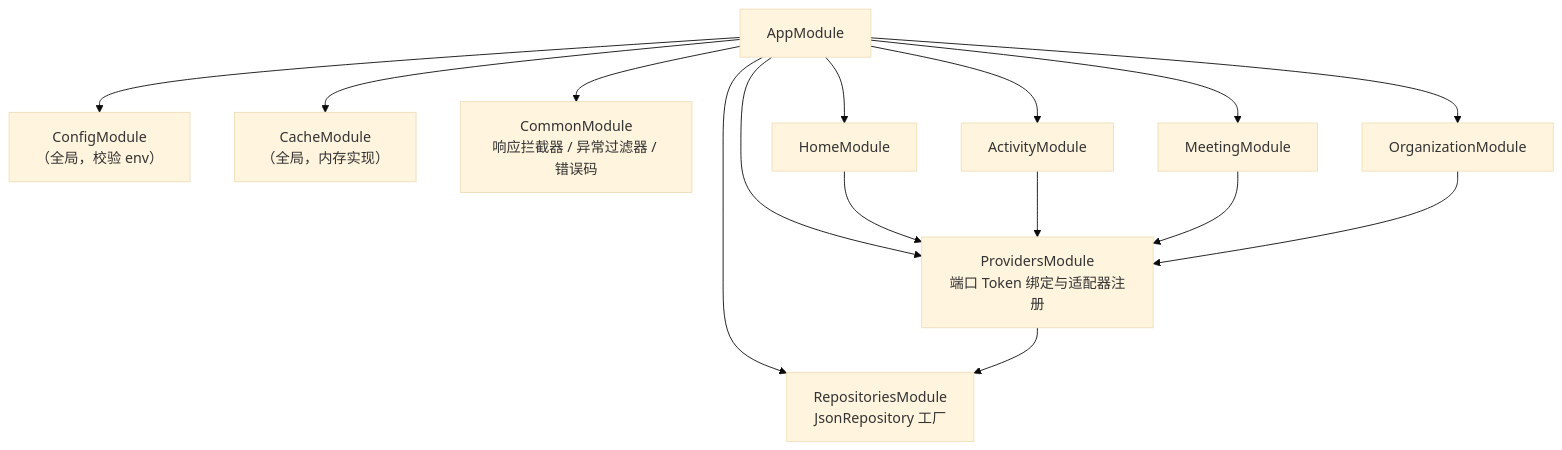
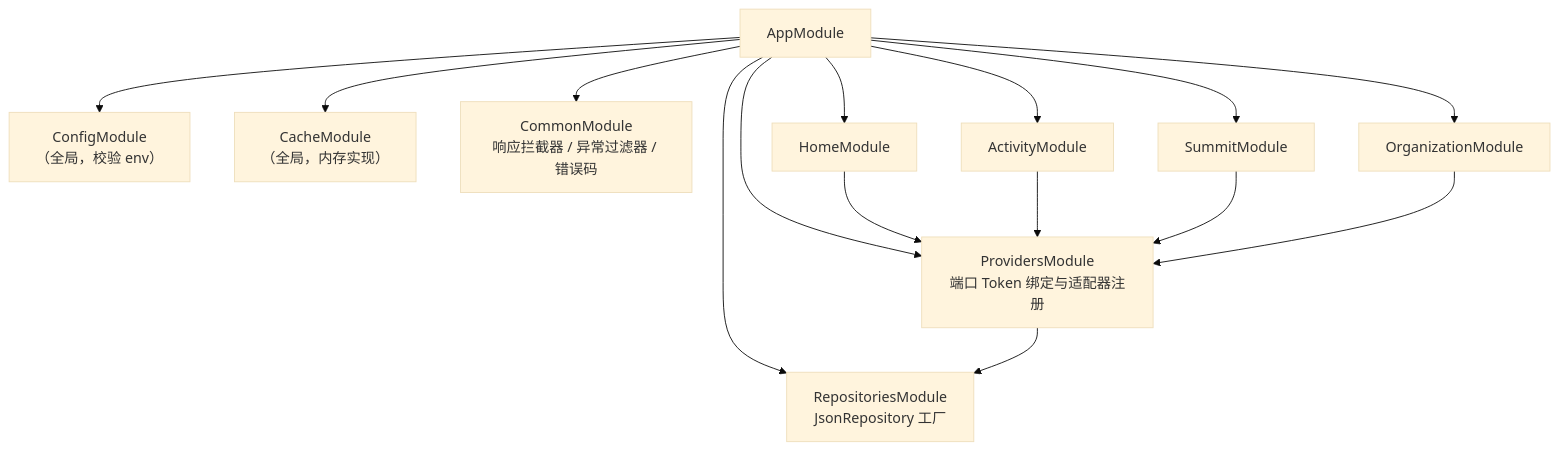
One commit to XunliYang/openan-operation-insights changed the first of 4 diagrams in docs/03-backend-design.md. Above: the diagram before and after it, drawn with Mermaid (base theme). The commit also changed other lines of this file and 152 other files, not shown here.

````diff
--- a/docs/03-backend-design.md
+++ b/docs/03-backend-design.md
@@ -26,19 +26,19 @@
 ```mermaid
 flowchart TB
   APP["AppModule"]
   APP --> CFG["ConfigModule<br/>（全局，校验 env）"]
   APP --> CACHE["CacheModule<br/>（全局，内存实现）"]
   APP --> COMMON["CommonModule<br/>响应拦截器 / 异常过滤器 / 错误码"]
   APP --> HOME["HomeModule"]
   APP --> ACT["ActivityModule"]
-  APP --> MTG["MeetingModule"]
+  APP --> MTG["SummitModule"]
   APP --> ORG["OrganizationModule"]
   APP --> PROV["ProvidersModule<br/>端口 Token 绑定与适配器注册"]
   APP --> REPO["RepositoriesModule<br/>JsonRepository 工厂"]
 
   HOME --> PROV
   ACT --> PROV
   MTG --> PROV
   ORG --> PROV
   PROV --> REPO
 ```
````
